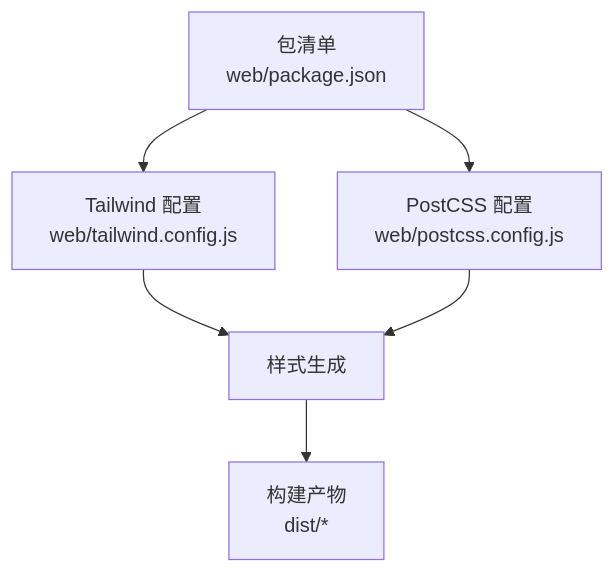
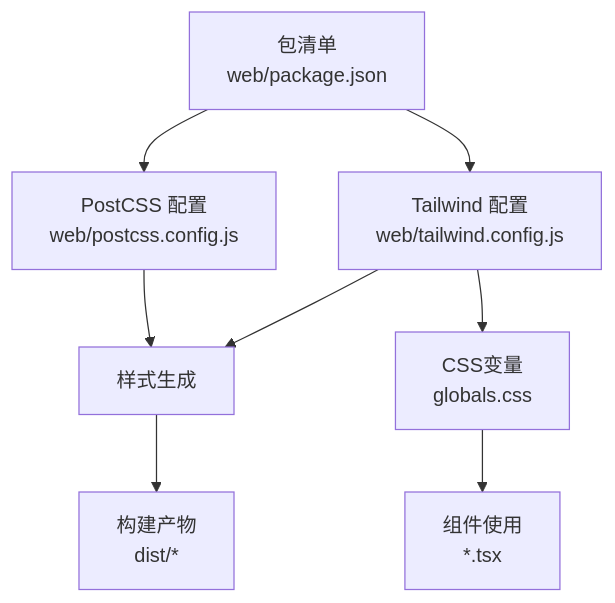
One commit to Damao997/newproject changed the third of 3 diagrams in .qoder/repowiki/zh/content/架构设计/样式系统.md. Above: the diagram before and after it, drawn with Mermaid. The commit also changed other lines of this file and 10 other files, not shown here.

````diff
--- a/.qoder/repowiki/zh/content/架构设计/样式系统.md
+++ b/.qoder/repowiki/zh/content/架构设计/样式系统.md
@@ -192,8 +299,10 @@
 ```mermaid
 graph TB
 Pkg["包清单<br/>web/package.json"] --> TWC["Tailwind 配置<br/>web/tailwind.config.js"]
 Pkg --> PCF["PostCSS 配置<br/>web/postcss.config.js"]
 TWC --> Gen["样式生成"]
 PCF --> Gen
 Gen --> Dist["构建产物<br/>dist/*"]
+TWC --> CSSVars["CSS变量<br/>globals.css"]
+CSSVars --> Components["组件使用<br/>*.tsx"]
 ```
````
